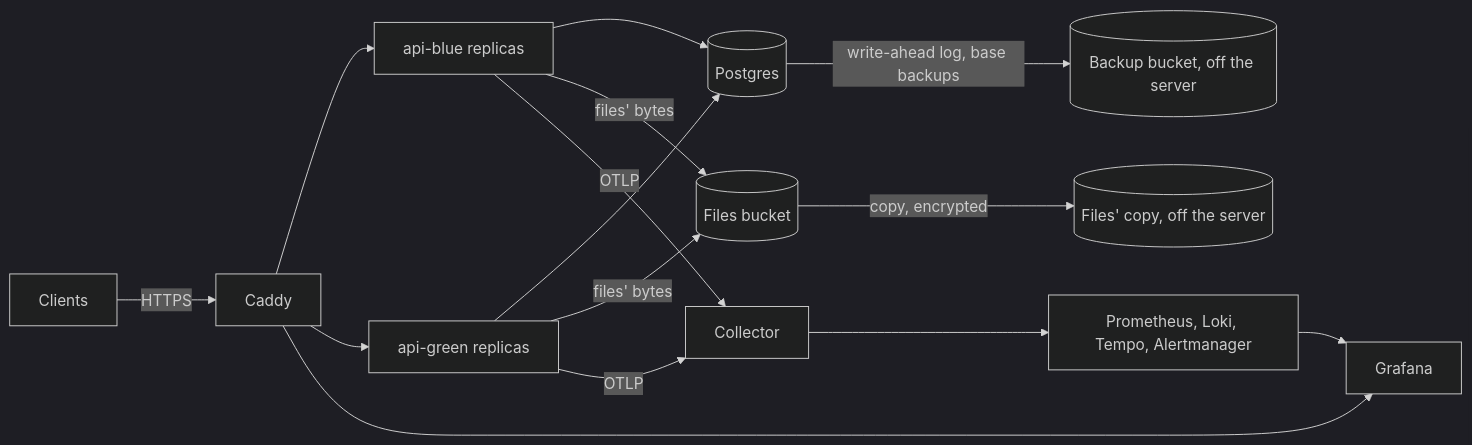
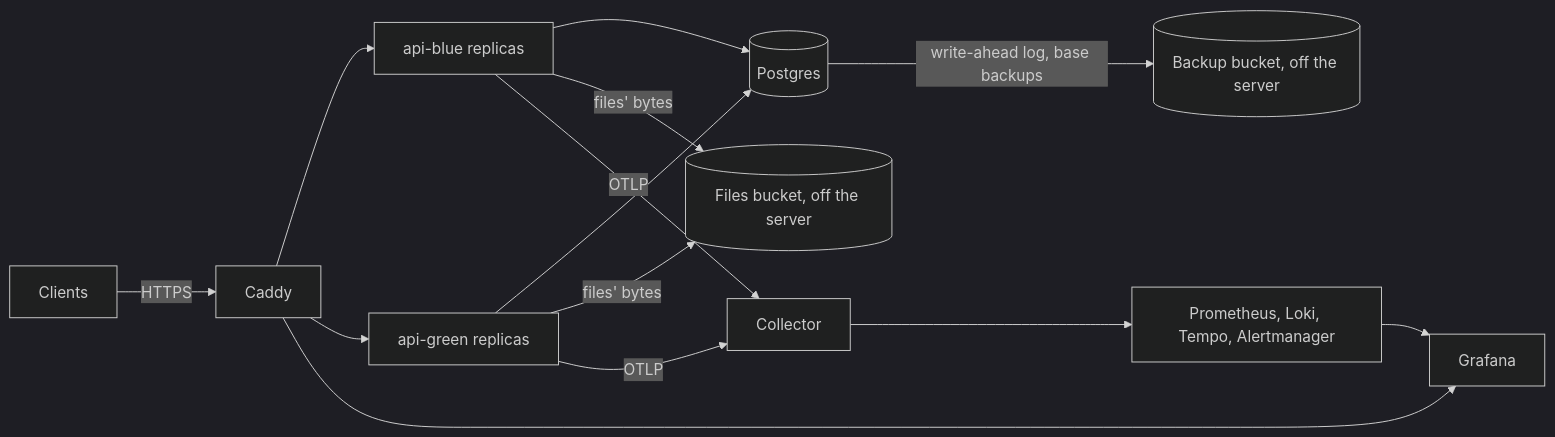
Before and after one commit to Grebyn35/AntWorker-API-Rust: the diagram in docs/operations/deploy.md, drawn with Mermaid (dark theme). The commit also changed other lines of this file and 70 other files, not shown here.

First line of the commit message:
Keep files' bytes in a provider's bucket only (D106)

````diff
--- a/docs/operations/deploy.md
+++ b/docs/operations/deploy.md
@@ -7,13 +7,12 @@
 ```mermaid
 flowchart LR
   client[Clients] -- HTTPS --> caddy[Caddy]
   caddy --> blue[api-blue replicas] & green[api-green replicas]
   caddy --> grafana[Grafana]
   blue & green --> postgres[(Postgres)]
-  blue & green -- files' bytes --> files[(Files bucket)]
-  files -- copy, encrypted --> copy[(Files' copy, off the server)]
+  blue & green -- files' bytes --> files[(Files bucket, off the server)]
   postgres -- write-ahead log, base backups --> bucket[(Backup bucket, off the server)]
   blue & green -- OTLP --> collector[Collector]
   collector --> stack[Prometheus, Loki, Tempo, Alertmanager]
   stack --> grafana
 ```
````
